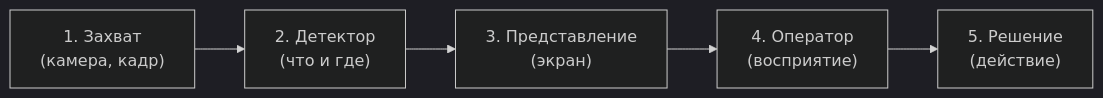
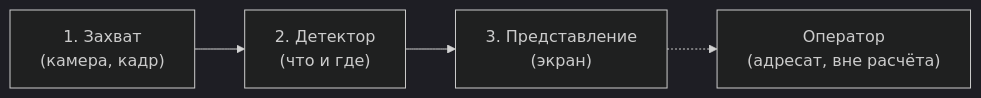
Before and after one commit to RedAlexDad/WalkingRobotSim: the first of 4 diagrams in docs/ergonomics-methodology/recognition-objects/kr-plan-goryachkin.md, drawn with Mermaid (dark theme). The commit also changed other lines of this file and 4 other files, not shown here.

````diff
--- a/docs/ergonomics-methodology/recognition-objects/kr-plan-goryachkin.md
+++ b/docs/ergonomics-methodology/recognition-objects/kr-plan-goryachkin.md
@@ -53,7 +53,6 @@
 ```mermaid
 graph LR
     A["1. Захват<br/>(камера, кадр)"] --> B["2. Детектор<br/>(что и где)"]
     B --> C["3. Представление<br/>(экран)"]
-    C --> D["4. Оператор<br/>(восприятие)"]
-    D --> E["5. Решение<br/>(действие)"]
+    C -.-> D["Оператор<br/>(адресат, вне расчёта)"]
 ```
````
